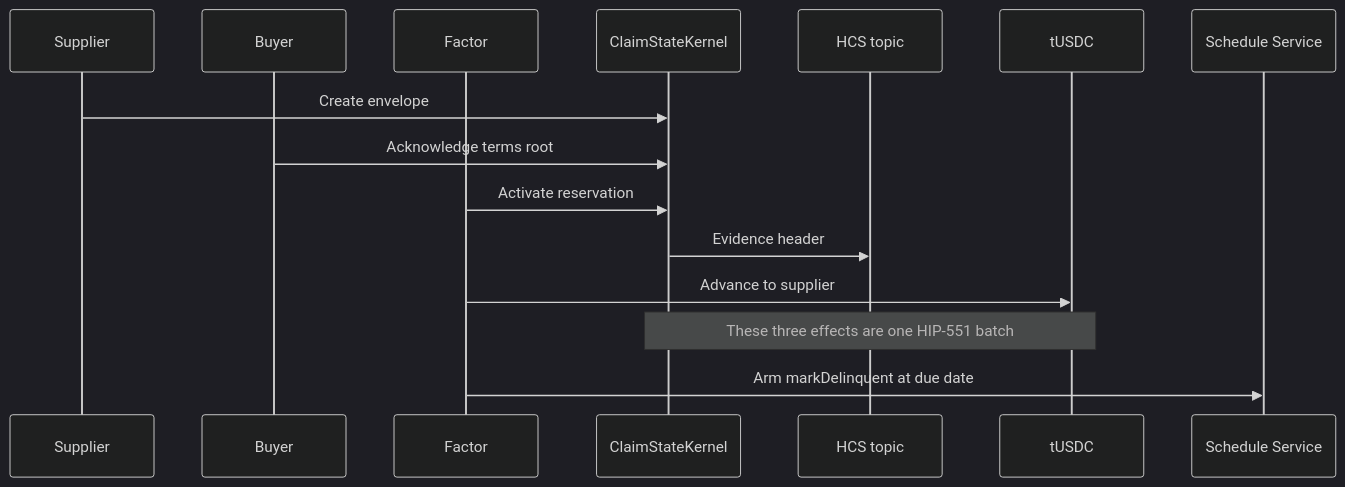
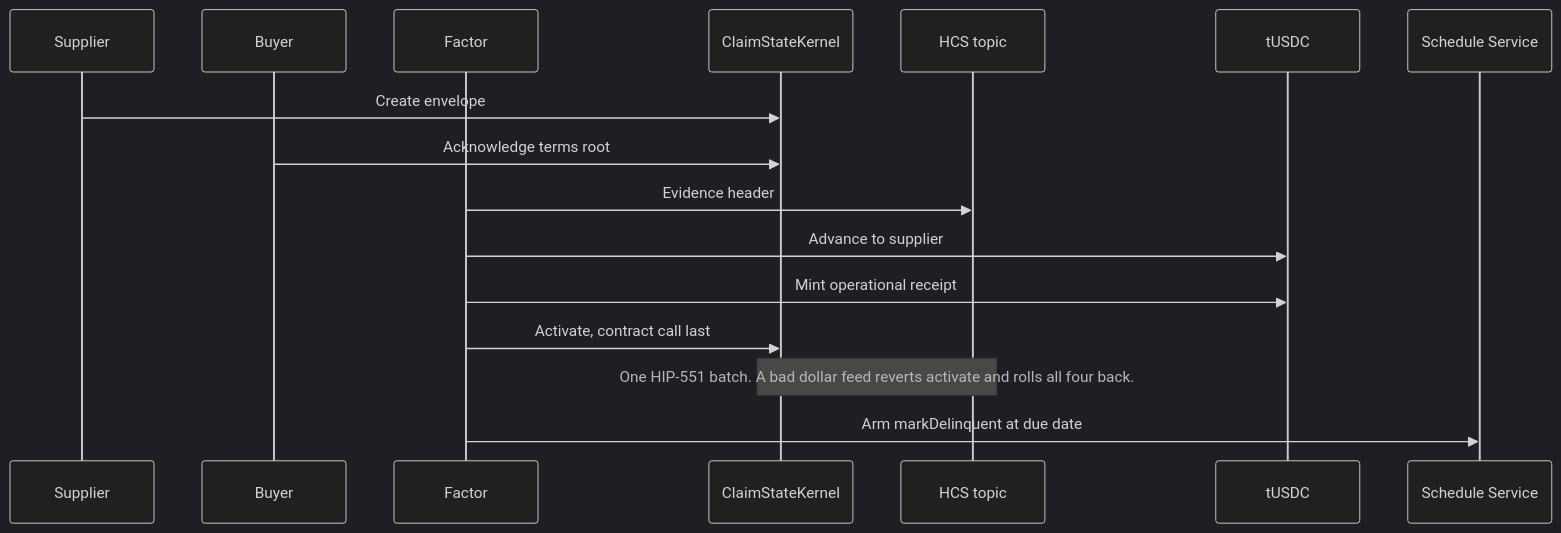
One commit to U-GOD/ClaimState changed the second of 4 diagrams in README.md. Above: the diagram before and after it, drawn with Mermaid (dark theme).

Commit message:
Correct the funding batch order in the diagram

````diff
--- a/README.md
+++ b/README.md
@@ -121,18 +121,19 @@
 ```mermaid
 sequenceDiagram
   participant Supplier
   participant Buyer
   participant Factor
   participant Kernel as ClaimStateKernel
   participant Topic as HCS topic
   participant Token as tUSDC
   participant Schedule as Schedule Service
 
   Supplier->>Kernel: Create envelope
   Buyer->>Kernel: Acknowledge terms root
-  Factor->>Kernel: Activate reservation
-  Kernel->>Topic: Evidence header
+  Factor->>Topic: Evidence header
   Factor->>Token: Advance to supplier
-  Note over Kernel,Token: These three effects are one HIP-551 batch
+  Factor->>Token: Mint operational receipt
+  Factor->>Kernel: Activate, contract call last
+  Note over Topic,Kernel: One HIP-551 batch. A bad dollar feed reverts activate and rolls all four back.
   Factor->>Schedule: Arm markDelinquent at due date
 ```
````
